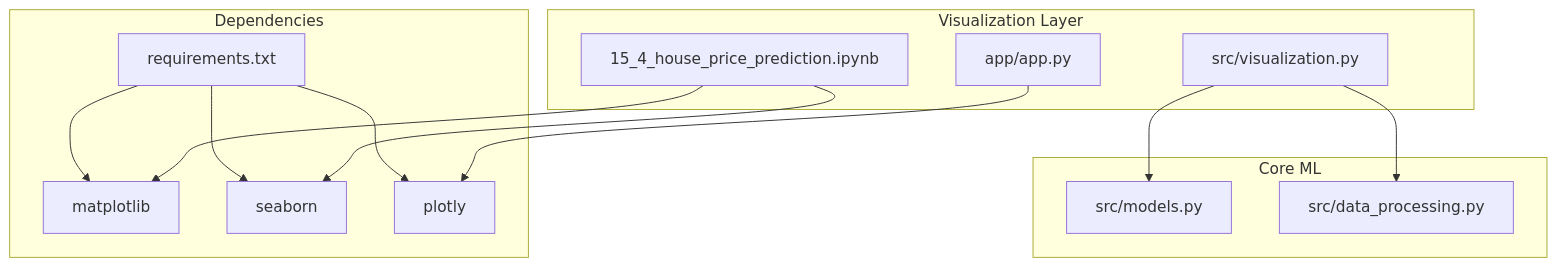
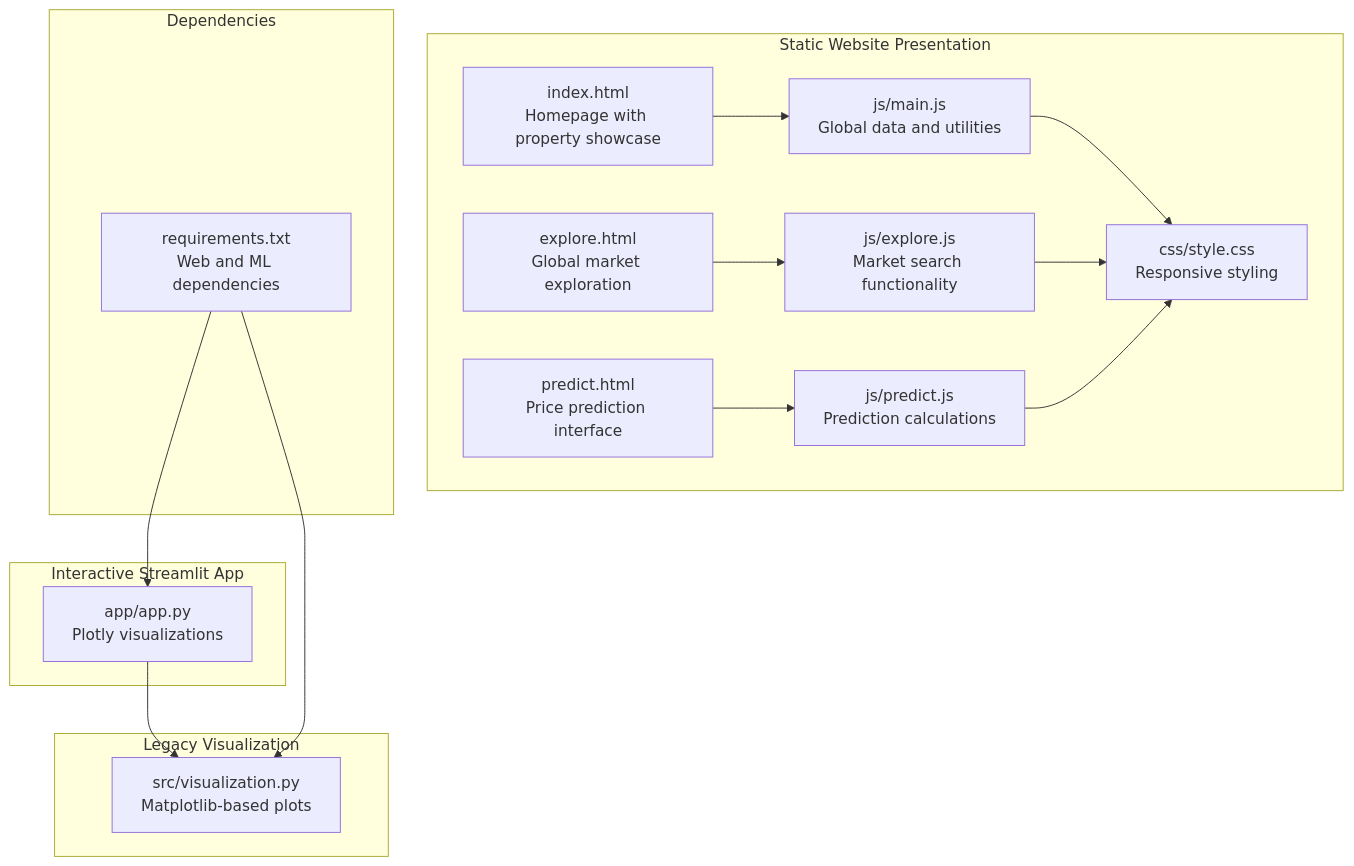
One commit to tashkirrr/housing-price-prediction changed the first of 3 diagrams in .qoder/repowiki/en/content/Visualization and Analysis.md. Above: the diagram before and after it, drawn with Mermaid. The commit also changed other lines of this file and 9 other files, not shown here.

First line of the commit message:
refactor(docs): restructure docs for static website deployment

````diff
--- a/.qoder/repowiki/en/content/Visualization and Analysis.md
+++ b/.qoder/repowiki/en/content/Visualization and Analysis.md
@@ -36,26 +52,30 @@
 ```mermaid
 graph TB
-subgraph "Visualization Layer"
-Viz["src/visualization.py"]
-App["app/app.py"]
-NB["15_4_house_price_prediction.ipynb"]
+subgraph "Static Website Presentation"
+Index["index.html<br/>Homepage with property showcase"]
+Explore["explore.html<br/>Global market exploration"]
+Predict["predict.html<br/>Price prediction interface"]
+JSMain["js/main.js<br/>Global data and utilities"]
+JSPredict["js/predict.js<br/>Prediction calculations"]
+JSExplore["js/explore.js<br/>Market search functionality"]
+CSS["css/style.css<br/>Responsive styling"]
 end
-subgraph "Core ML"
-Models["src/models.py"]
-DP["src/data_processing.py"]
+subgraph "Interactive Streamlit App"
+App["app/app.py<br/>Plotly visualizations"]
+end
+subgraph "Legacy Visualization"
+Viz["src/visualization.py<br/>Matplotlib-based plots"]
 end
 subgraph "Dependencies"
-Mpl["matplotlib"]
-Sns["seaborn"]
-Plt["plotly"]
-Req["requirements.txt"]
+Req["requirements.txt<br/>Web and ML dependencies"]
 end
-Viz --> Models
-Viz --> DP
-App --> Plt
-NB --> Mpl
-NB --> Sns
-Req --> Mpl
-Req --> Sns
-Req --> Plt
+Index --> JSMain
+Explore --> JSExplore
+Predict --> JSPredict
+JSMain --> CSS
+JSExplore --> CSS
+JSPredict --> CSS
+App --> Viz
+Req --> App
+Req --> Viz
 ```
````
